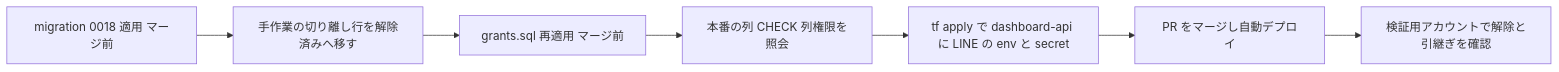
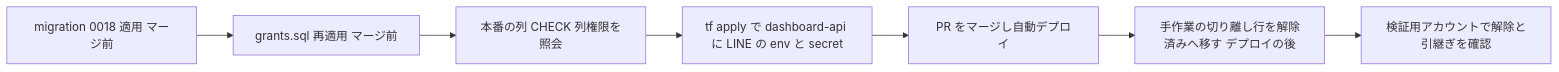
The fourth of 4 diagrams in .kiro/specs/owner-line-unlink/design.md (ManatoYamashita/fw-line-meo), drawn with Mermaid before and after one commit. The commit also changed other lines of this file and 3 other files, not shown here.

````diff
--- a/.kiro/specs/owner-line-unlink/design.md
+++ b/.kiro/specs/owner-line-unlink/design.md
@@ -601,9 +601,9 @@
 ```mermaid
 graph LR
-    A[migration 0018 適用 マージ前] --> A2[手作業の切り離し行を解除済みへ移す]
-    A2 --> B[grants.sql 再適用 マージ前]
+    A[migration 0018 適用 マージ前] --> B[grants.sql 再適用 マージ前]
     B --> C[本番の列 CHECK 列権限を照会]
     C --> D[tf apply で dashboard-api に LINE の env と secret]
     D --> E[PR をマージし自動デプロイ]
-    E --> F[検証用アカウントで解除と引継ぎを確認]
+    E --> A2[手作業の切り離し行を解除済みへ移す デプロイの後]
+    A2 --> F[検証用アカウントで解除と引継ぎを確認]
 ```
````
